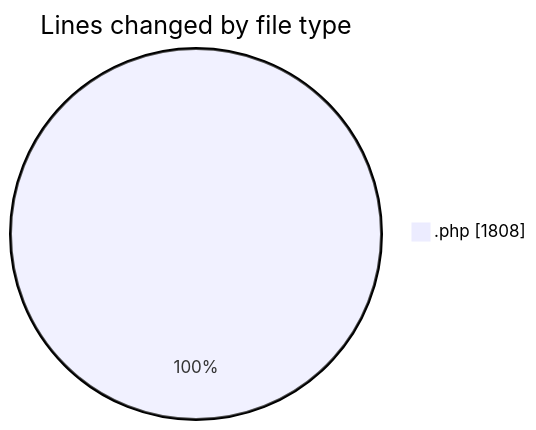
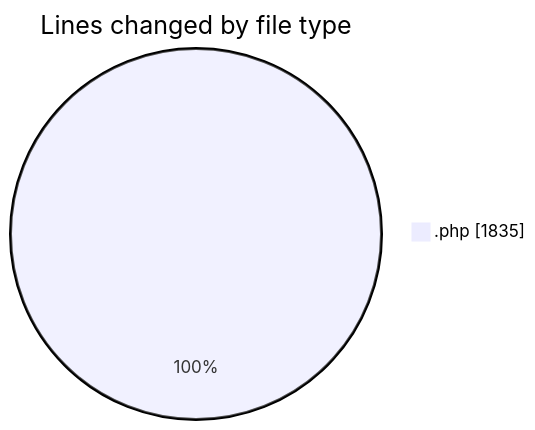
The first of 2 diagrams in 2025-10-07/untitled__workspace_/README.md (debugP/code-tracking), drawn with Mermaid before and after one commit. The commit also changed other lines of this file and 1 other file, not shown here.

````diff
--- a/2025-10-07/untitled__workspace_/README.md
+++ b/2025-10-07/untitled__workspace_/README.md
@@ -21,5 +21,5 @@
 ```mermaid
 pie showData
 title Lines changed by file type
-".php" : 1808
+".php" : 1835
 ```
````
